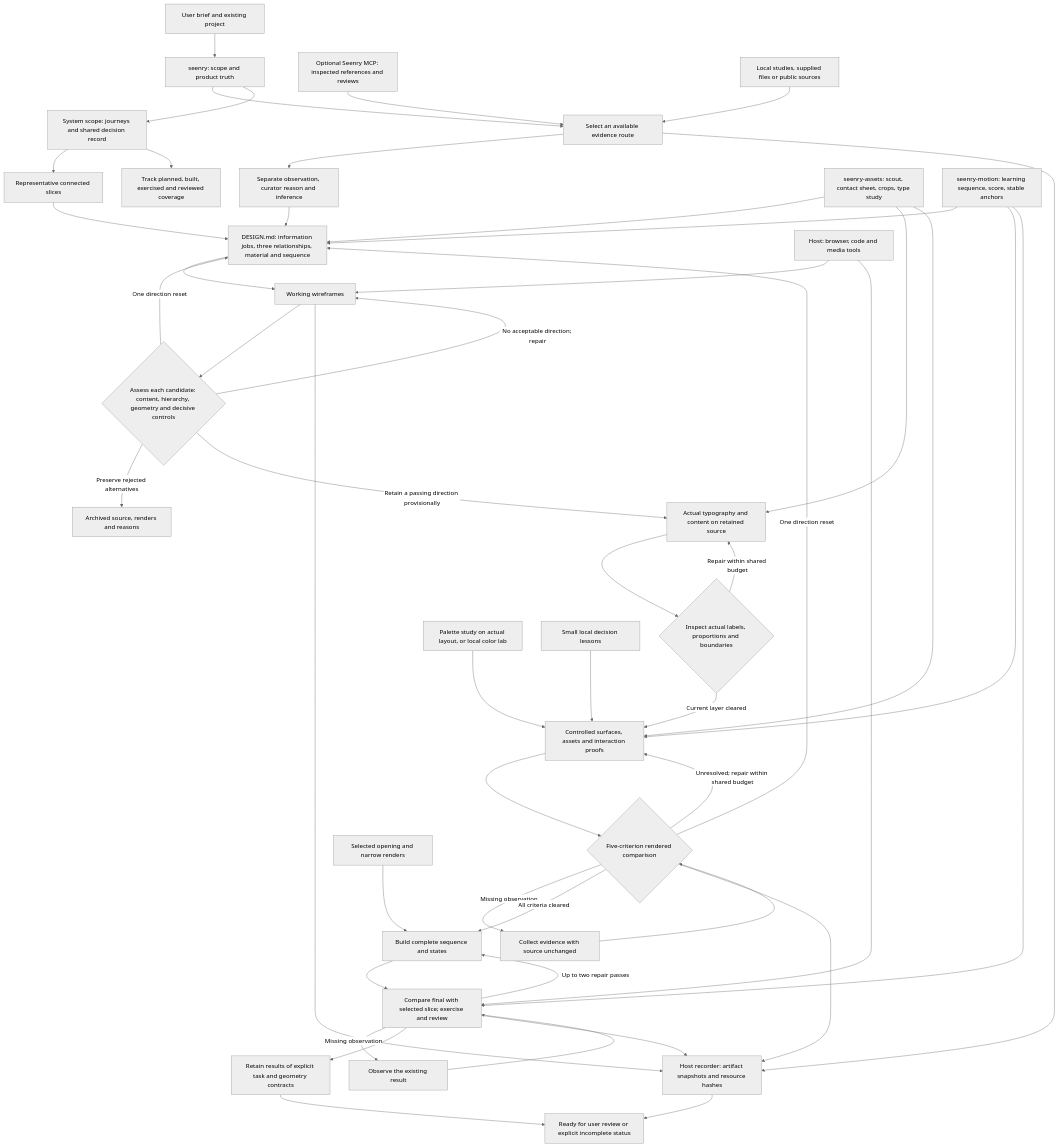
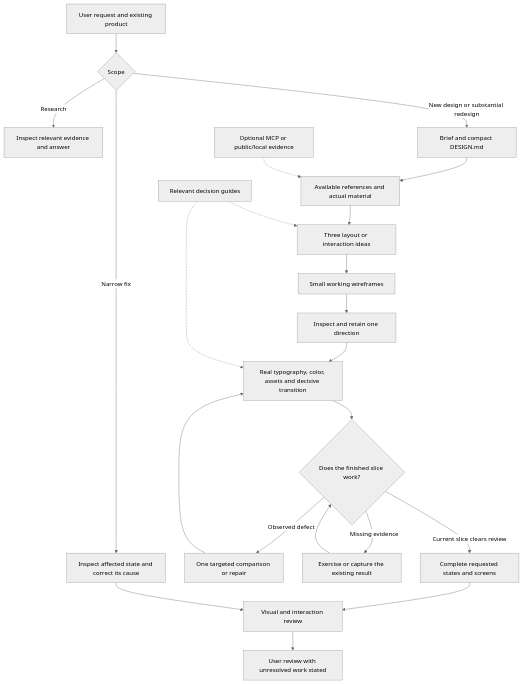
One commit to ayangabryl/seenry-skills changed the diagram in ARCHITECTURE.md. Above: the diagram before and after it, drawn with Mermaid (neutral theme). The commit also changed other lines of this file and 27 other files, not shown here.

Commit message:
Separate native design flow from focused experiment handoffs

````diff
--- a/ARCHITECTURE.md
+++ b/ARCHITECTURE.md
@@ -5,50 +7,24 @@
 ```mermaid
 flowchart TD
-  U[User brief and existing project] --> S[seenry: scope and product truth]
-  S --> R[Select an available evidence route]
-  S --> SYS[System scope: journeys and shared decision record]
-  SYS --> SL[Representative connected slices]
-  SL --> P
-  SYS --> COVER[Track planned, built, exercised and reviewed coverage]
-  M[Optional Seenry MCP: inspected references and reviews] --> R
-  L[Local studies, supplied files or public sources] --> R
-  R --> E[Separate observation, curator reason and inference]
-  E --> P[DESIGN.md: information jobs, three relationships, material and sequence]
-  P --> W[Working wireframes]
-  W --> WG{Assess each candidate: content, hierarchy, geometry and decisive controls}
-  WG -->|No acceptable direction; repair| W
-  WG -->|One direction reset| P
-  WG -->|Preserve rejected alternatives| ARCH[Archived source, renders and reasons]
-  WG -->|Retain a passing direction provisionally| T[Actual typography and content on retained source]
-  T --> TG{Inspect actual labels, proportions and boundaries}
-  TG -->|Repair within shared budget| T
-  TG -->|Current layer cleared| V[Controlled surfaces, assets and interaction proofs]
-  CL[Palette study on actual layout, or local color lab] --> V
-  VL[Small local decision lessons] --> V
-  V --> C{Five-criterion rendered comparison}
-  C -->|Missing observation| OBS[Collect evidence with source unchanged]
-  OBS --> C
-  C -->|One direction reset| P
-  C -->|Unresolved; repair within shared budget| V
-  C -->|All criteria cleared| B[Build complete sequence and states]
-  KEEP[Selected opening and narrow renders] --> B
-  B --> Q[Compare final with selected slice; exercise and review]
-  Q -->|Missing observation| OBS2[Observe the existing result]
-  OBS2 --> Q
-  Q -->|Up to two repair passes| B
-  Q --> CONTRACT[Retain results of explicit task and geometry contracts]
-  CONTRACT --> F[Ready for user review or explicit incomplete status]
-  A[seenry-assets: scout, contact sheet, crops, type study] --> P
-  A --> T
-  A --> V
-  O[seenry-motion: learning sequence, score, stable anchors] --> P
-  O --> V
+  U[User request and existing product] --> S{Scope}
+  S -->|Research| R[Inspect relevant evidence and answer]
+  S -->|Narrow fix| F[Inspect affected state and correct its cause]
+  S -->|New design or substantial redesign| B[Brief and compact DESIGN.md]
+  B --> E[Available references and actual material]
+  E --> P[Three layout or interaction ideas]
+  P --> W[Small working wireframes]
+  W --> C[Inspect and retain one direction]
+  C --> T[Real typography, color, assets and decisive transition]
+  T --> Q{Does the finished slice work?}
+  Q -->|Observed defect| D[One targeted comparison or repair]
+  D --> T
+  Q -->|Missing evidence| O[Exercise or capture the existing result]
   O --> Q
-  H[Host: browser, code and media tools] --> W
-  H --> Q
-  R --> REC[Host recorder: artifact snapshots and resource hashes]
-  W --> REC
-  C --> REC
-  Q --> REC
-  REC --> F
+  Q -->|Current slice clears review| I[Complete requested states and screens]
+  I --> V[Visual and interaction review]
+  F --> V
+  V --> H[User review with unresolved work stated]
+  G[Relevant decision guides] -.-> P
+  G -.-> T
+  M[Optional MCP or public/local evidence] -.-> E
 ```
````
